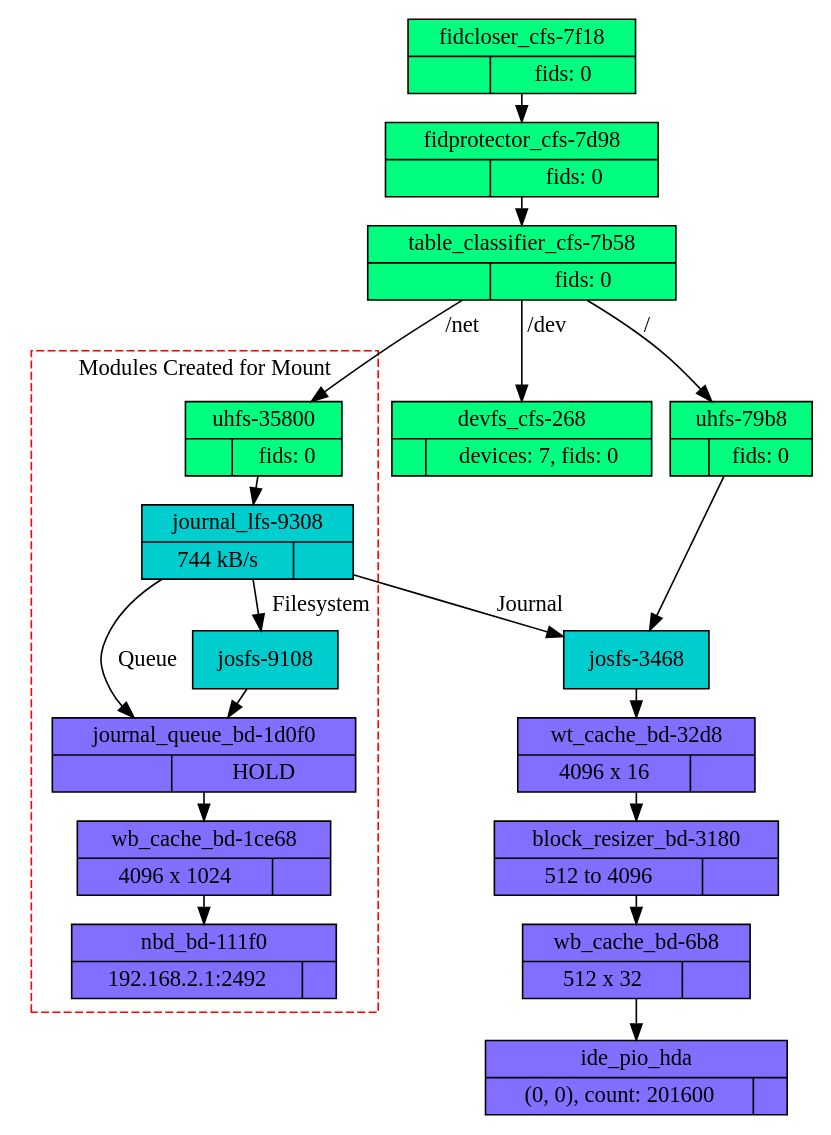
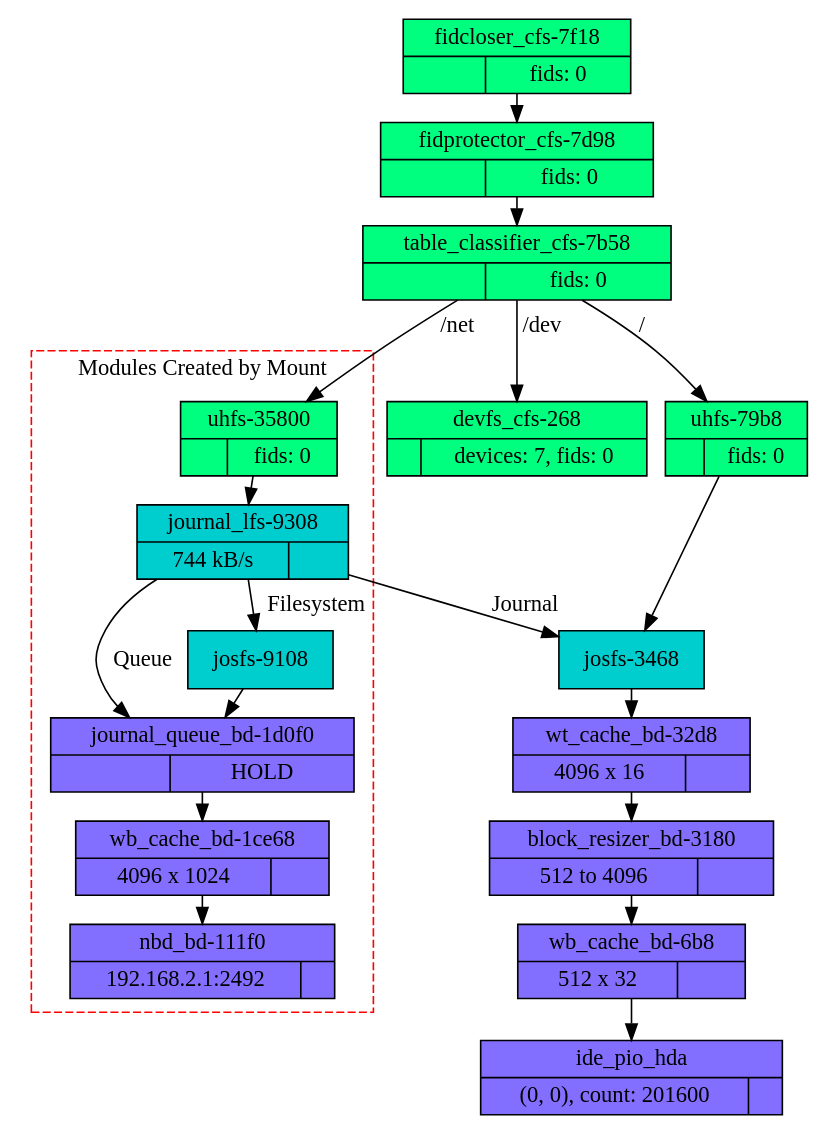
One commit to ucla-readable/fstitch-doc changed the diagram in paper/kfsgraph_mount.dot. Above: the diagram before and after it, drawn with Graphviz.

Commit message:
r953: - "for Mount" -> "by Mount"

```diff
--- a/paper/kfsgraph_mount.dot
+++ b/paper/kfsgraph_mount.dot
@@ -1,46 +1,46 @@
 digraph kfs
 {
 nodesep=0.15;
 ranksep=0.15;
 node [shape=record,color=black];
 n268442600 [label="{ ide_pio_hda |{(0, 0), count: 201600|}}",fillcolor=slateblue1,style=filled]
 n268442208 [label="{ wb_cache_bd-6b8 |{512 x 32|}}",fillcolor=slateblue1,style=filled]
         n268442208 -> n268442600 [label=""];
 n268441808 [label="{ block_resizer_bd-3180 |{512 to 4096|}}",fillcolor=slateblue1,style=filled]
         n268441808 -> n268442208 [label=""];
 n268441400 [label="{ wt_cache_bd-32d8 |{4096 x 16|}}",fillcolor=slateblue1,style=filled]
         n268441400 -> n268441808 [label=""];
 n268439632 [label="josfs-3468",fillcolor=cyan3,style=filled]
         n268439632 -> n268441400 [label=""];
 
 subgraph clusterA {
 color=red;
 style=dashed;
-label="Modules Created for Mount";
+label="Modules Created by Mount";
 n268440600 [label="{ wb_cache_bd-1ce68 |{4096 x 1024|}}",fillcolor=slateblue1,style=filled]
         n268440600 -> n268441000 [label=""];
 n268441000 [label="{ nbd_bd-111f0 |{192.168.2.1:2492|}}",fillcolor=slateblue1,style=filled]
 n268440056 [label="{ journal_queue_bd-1d0f0 |{|HOLD}}",fillcolor=slateblue1,style=filled]
         n268440056 -> n268440600 [label=""];
 n268439152 [label="josfs-9108",fillcolor=cyan3,style=filled]
         n268439152 -> n268440056 [label=""];
 n268438688 [label="{ journal_lfs-9308 |{744 kB/s|}}",fillcolor=cyan3,style=filled]
         n268438688 -> n268440056 [label="Queue"];
         n268438688 -> n268439152 [label="Filesystem"];
 n268436128 [label="{ uhfs-35800 |{|fids: 0}}",fillcolor=springgreen,style=filled]
         n268436128 -> n268438688 [label=""];
 }
         n268438688 -> n268439632 [label="Journal"];
 
 n268438216 [label="{ devfs_cfs-268 |{|devices: 7, fids: 0}}",fillcolor=springgreen,style=filled]
 n268437768 [label="{ uhfs-79b8 |{|fids: 0}}",fillcolor=springgreen,style=filled]
         n268437768 -> n268439632 [label=""];
 n268437328 [label="{ table_classifier_cfs-7b58 |{|fids: 0}}",fillcolor=springgreen,style=filled]
         n268437328 -> n268438216 [label="/dev"];
         n268437328 -> n268437768 [label="/"];
         n268437328 -> n268436128 [label="/net"];
 n268437016 [label="{ fidprotector_cfs-7d98 |{|fids: 0}}",fillcolor=springgreen,style=filled]
         n268437016 -> n268437328 [label=""];
 n268436560 [label="{ fidcloser_cfs-7f18 |{|fids: 0}}",fillcolor=springgreen,style=filled]
         n268436560 -> n268437016 [label=""];
 }
```
